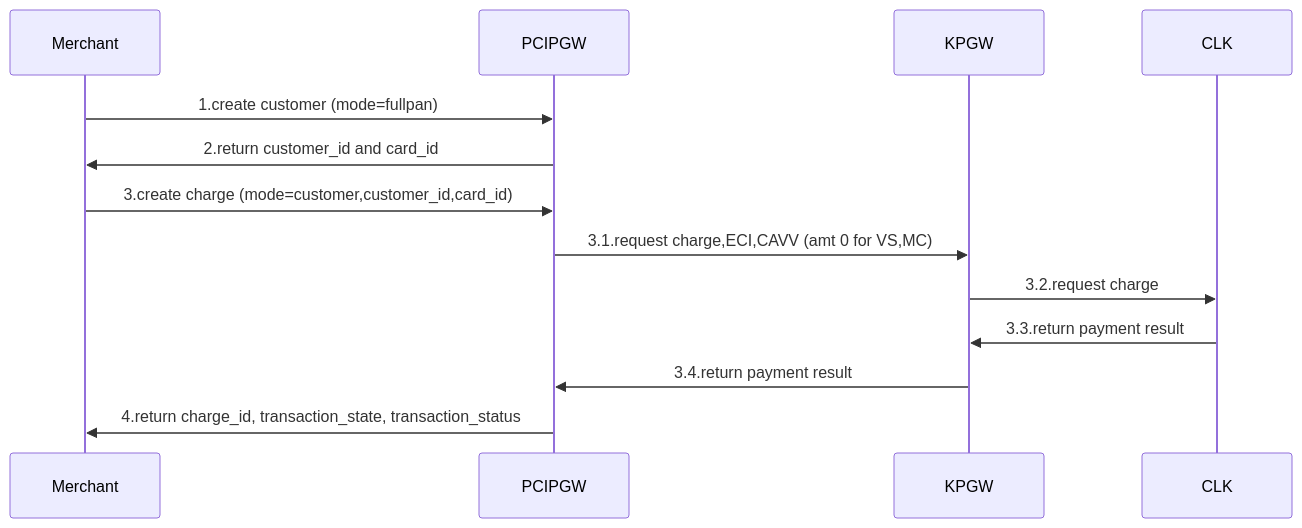
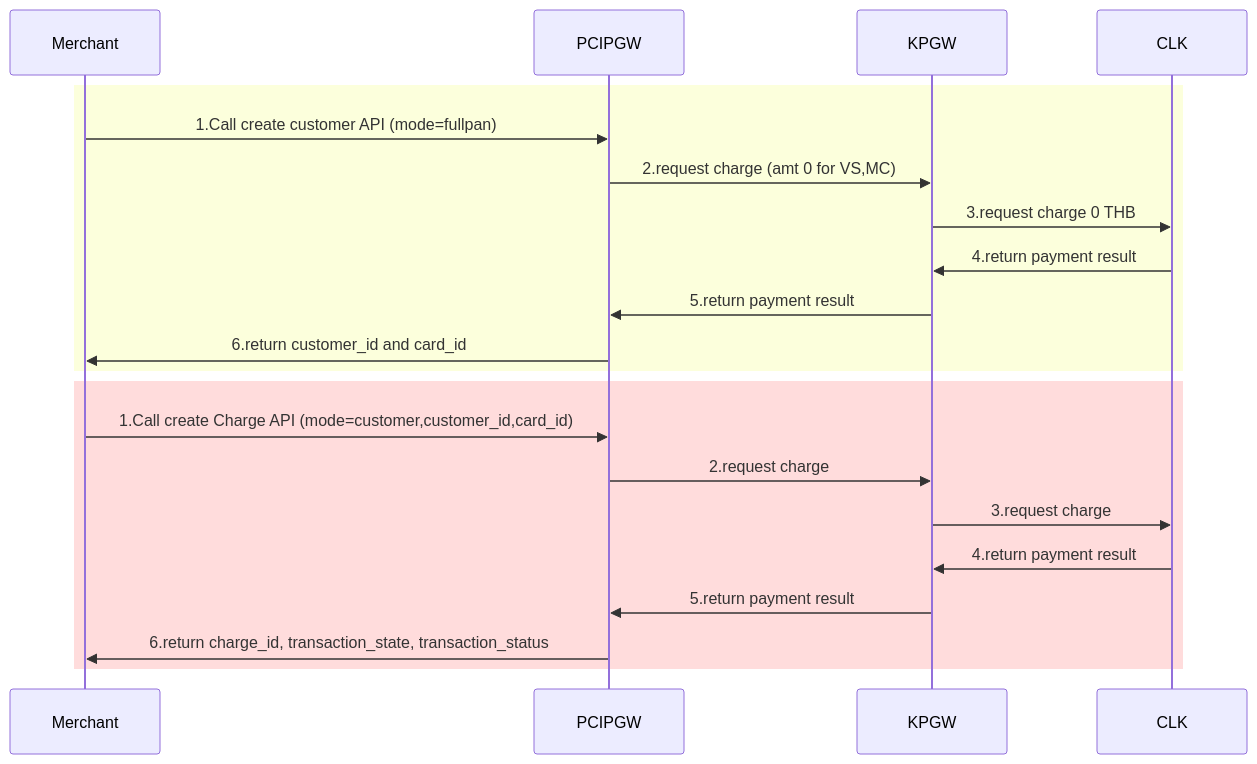
The fifth of 6 diagrams in Cybs-Ph2-Flow1.md (yuusuke25/MyNotes), drawn with Mermaid before and after one commit. The commit also changed other lines of this file, not shown here.

````diff
--- a/Cybs-Ph2-Flow1.md
+++ b/Cybs-Ph2-Flow1.md
@@ -114,12 +166,21 @@
 ```mermaid
     sequenceDiagram
-        Merchant->>PCIPGW:1.create customer (mode=fullpan)
-        PCIPGW->>Merchant:2.return customer_id and card_id
-
-        Merchant->>PCIPGW:3.create charge (mode=customer,customer_id,card_id)
-        PCIPGW->>KPGW:3.1.request charge,ECI,CAVV (amt 0 for VS,MC)
-        KPGW->>CLK:3.2.request charge
-        CLK->>KPGW:3.3.return payment result
-        KPGW->>PCIPGW:3.4.return payment result
-        PCIPGW->>Merchant:4.return charge_id, transaction_state, transaction_status
+        
+        rect rgb(252, 255, 220)
+            Merchant->>PCIPGW:1.Call create customer API (mode=fullpan)
+            PCIPGW->>KPGW:2.request charge (amt 0 for VS,MC)
+            KPGW->>CLK:3.request charge 0 THB
+            CLK->>KPGW:4.return payment result
+            KPGW->>PCIPGW:5.return payment result
+            PCIPGW->>Merchant:6.return customer_id and card_id
+        end
+        
+        rect rgb(255, 220, 220)
+            Merchant->>PCIPGW:1.Call create Charge API (mode=customer,customer_id,card_id)
+            PCIPGW->>KPGW:2.request charge
+            KPGW->>CLK:3.request charge
+            CLK->>KPGW:4.return payment result
+            KPGW->>PCIPGW:5.return payment result
+            PCIPGW->>Merchant:6.return charge_id, transaction_state, transaction_status
+        end
 ```
````
